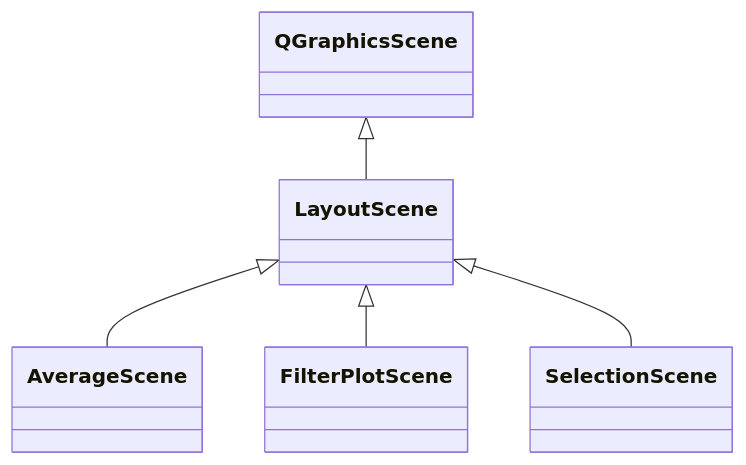
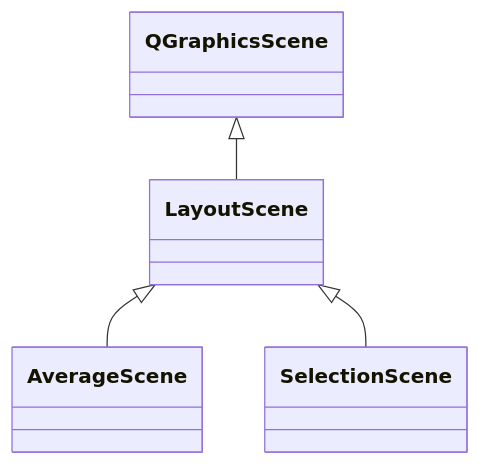
Before and after one commit to mne-tools/mne-cpp: the diagram in doc/website/docs/api/disp/layout-scene.mdx, drawn with Mermaid. The commit also changed 45 other files, not shown here.

````diff
--- a/doc/website/docs/api/disp/layout-scene.mdx
+++ b/doc/website/docs/api/disp/layout-scene.mdx
@@ -24,10 +24,8 @@
 ```mermaid
 classDiagram
     QGraphicsScene <|-- LayoutScene
     LayoutScene <|-- AverageScene
     click AverageScene href "../../disp/average-scene/"
-    LayoutScene <|-- FilterPlotScene
-    click FilterPlotScene href "../../disp/filter-plot-scene/"
     LayoutScene <|-- SelectionScene
     click SelectionScene href "../../disp/selection-scene/"
 ```
````
